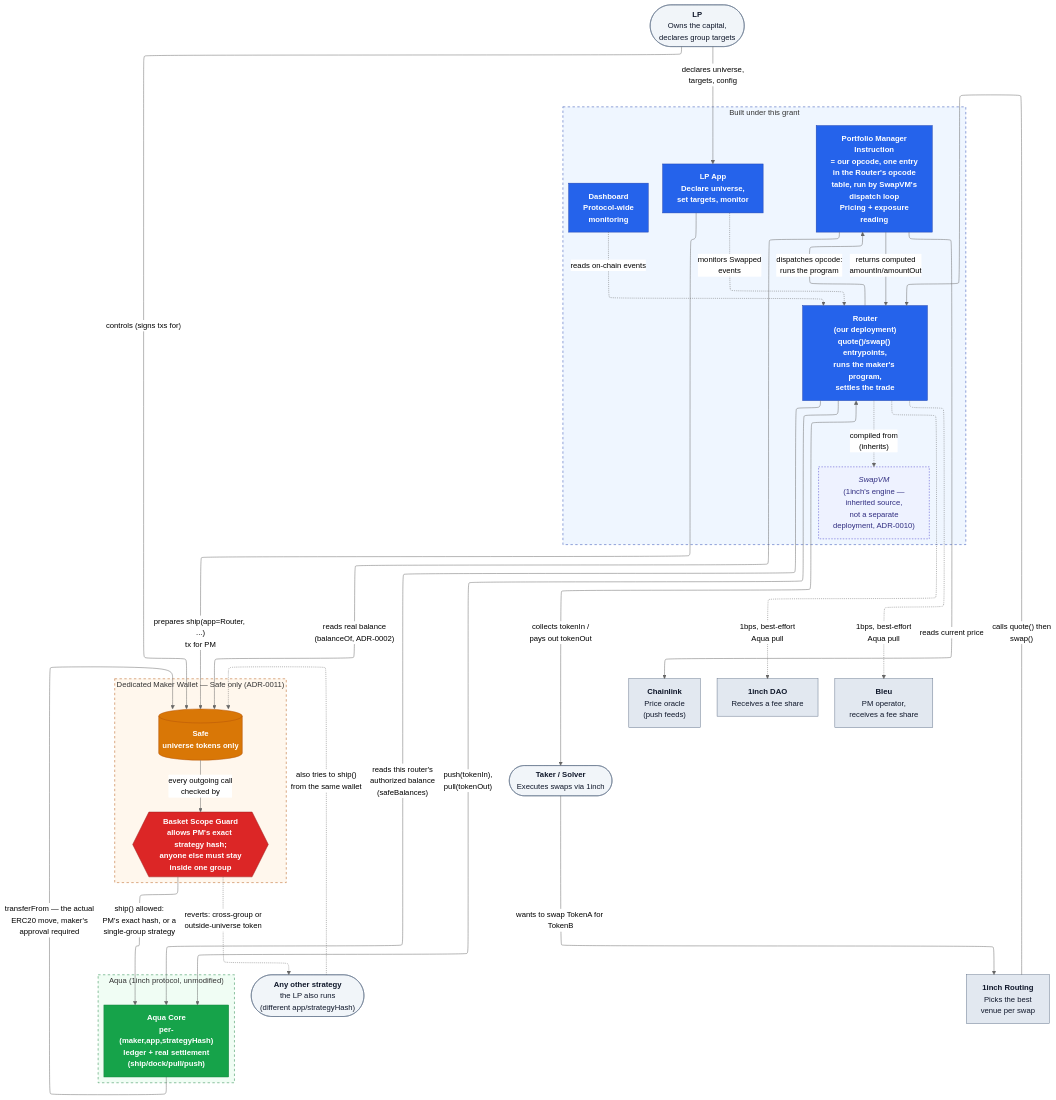
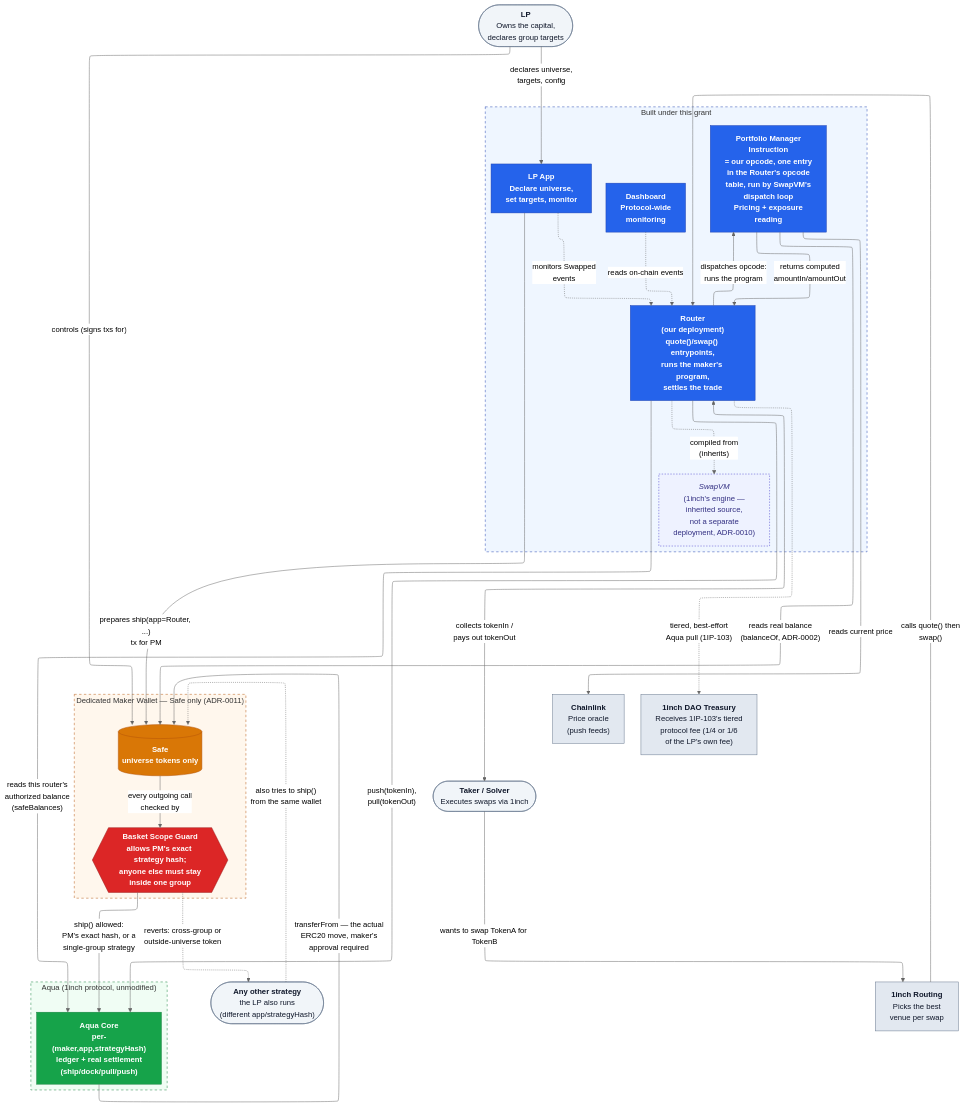
The first of 2 diagrams in docs/ARCHITECTURE.md (bleu/aqua-portfolio-manager), drawn with Mermaid (neutral theme) before and after one commit. The commit also changed other lines of this file and 6 other files, not shown here.

First line of the commit message:
Refactor protocol fee to match 1inch's actual approved mechanism (1IP-103)

````diff
--- a/docs/ARCHITECTURE.md
+++ b/docs/ARCHITECTURE.md
@@ -17,78 +17,76 @@
 ```mermaid
 %%{init: {"flowchart": {"defaultRenderer": "elk"}} }%%
 flowchart TD
     LP(["<b>LP</b><br/>Owns the capital,<br/>declares group targets"])
     Taker(["<b>Taker / Solver</b><br/>Executes swaps via 1inch"])
     OtherStrategy(["<b>Any other strategy</b><br/>the LP also runs<br/>(different app/strategyHash)"])
 
     subgraph BleuScope["Built under this grant"]
         LPApp["<b>LP App</b><br/>Declare universe,<br/>set targets, monitor"]
         Dashboard["<b>Dashboard</b><br/>Protocol-wide<br/>monitoring"]
         Router["<b>Router</b><br/>(our deployment)<br/>quote()/swap() entrypoints,<br/>runs the maker's program,<br/>settles the trade"]
         SwapVMLib["<i>SwapVM</i><br/>(1inch's engine —<br/>inherited source,<br/>not a separate<br/>deployment, ADR-0010)"]
         Strategy["<b>Portfolio Manager<br/>Instruction</b><br/>= our opcode, one entry<br/>in the Router's opcode<br/>table, run by SwapVM's<br/>dispatch loop<br/>Pricing + exposure<br/>reading"]
     end
 
     subgraph WalletScope["Dedicated Maker Wallet — Safe only (ADR-0011)"]
         Wallet[("<b>Safe</b><br/>universe tokens only")]
         Guard{{"<b>Basket Scope Guard</b><br/>allows PM's exact strategy hash;<br/>anyone else must stay<br/>inside one group"}}
     end
 
     subgraph AquaCore["Aqua (1inch protocol, unmodified)"]
         Aqua["<b>Aqua Core</b><br/>per-(maker,app,strategyHash)<br/>ledger + real settlement<br/>(ship/dock/pull/push)"]
     end
 
     Chainlink["<b>Chainlink</b><br/>Price oracle<br/>(push feeds)"]
     Routing["<b>1inch Routing</b><br/>Picks the best<br/>venue per swap"]
-    DAO["<b>1inch DAO</b><br/>Receives a fee share"]
-    Bleu["<b>Bleu</b><br/>PM operator,<br/>receives a fee share"]
+    DAO["<b>1inch DAO Treasury</b><br/>Receives 1IP-103's tiered<br/>protocol fee (1/4 or 1/6<br/>of the LP's own fee)"]
 
     LP -->|"declares universe,<br/>targets, config"| LPApp
     LPApp -.->|"monitors Swapped<br/>events"| Router
     LP -->|"controls (signs txs for)"| Wallet
 
     LPApp -->|"prepares ship(app=Router, ...)<br/>tx for PM"| Wallet
     OtherStrategy -.->|"also tries to ship()<br/>from the same wallet"| Wallet
     Wallet -->|"every outgoing call<br/>checked by"| Guard
     Guard -->|"ship() allowed:<br/>PM's exact hash, or a<br/>single-group strategy"| Aqua
     Guard -.->|"reverts: cross-group or<br/>outside-universe token"| OtherStrategy
 
     Taker -->|"wants to swap TokenA for TokenB"| Routing
     Routing -->|"calls quote() then<br/>swap()"| Router
 
     Router -.->|"compiled from<br/>(inherits)"| SwapVMLib
     Router -->|"reads this router's<br/>authorized balance<br/>(safeBalances)"| Aqua
     Router -->|"dispatches opcode:<br/>runs the program"| Strategy
     Strategy -->|"reads real balance<br/>(balanceOf, ADR-0002)"| Wallet
     Strategy -->|"reads current price"| Chainlink
     Strategy -->|"returns computed<br/>amountIn/amountOut"| Router
 
     Router <-->|"collects tokenIn /<br/>pays out tokenOut"| Taker
     Router -->|"push(tokenIn),<br/>pull(tokenOut)"| Aqua
     Aqua -->|"transferFrom — the actual<br/>ERC20 move, maker's<br/>approval required"| Wallet
 
-    Router -.->|"1bps, best-effort<br/>Aqua pull"| DAO
-    Router -.->|"1bps, best-effort<br/>Aqua pull"| Bleu
+    Router -.->|"tiered, best-effort<br/>Aqua pull (1IP-103)"| DAO
 
     Dashboard -.->|"reads on-chain events"| Router
 
     classDef actor fill:#f1f5f9,stroke:#64748b,color:#0f172a
     classDef bleu fill:#2563eb,stroke:#1e40af,color:#ffffff,font-weight:bold
     classDef wallet fill:#d97706,stroke:#b45309,color:#ffffff,font-weight:bold
     classDef guard fill:#dc2626,stroke:#991b1b,color:#ffffff,font-weight:bold
     classDef aqua fill:#16a34a,stroke:#15803d,color:#ffffff,font-weight:bold
     classDef external fill:#e2e8f0,stroke:#64748b,color:#0f172a
     classDef vendored fill:#eef2ff,stroke:#4338ca,color:#312e81,stroke-dasharray: 3 3
 
     class LP,Taker,OtherStrategy actor
     class LPApp,Dashboard,Router,Strategy bleu
     class SwapVMLib vendored
     class Wallet wallet
     class Guard guard
     class Aqua aqua
-    class Chainlink,Routing,DAO,Bleu external
+    class Chainlink,Routing,DAO external
 
     style BleuScope fill:#eff6ff,stroke:#1e40af,stroke-dasharray: 5 5
     style AquaCore fill:#f0fdf4,stroke:#15803d,stroke-dasharray: 5 5
     style WalletScope fill:#fff7ed,stroke:#b45309,stroke-dasharray: 5 5
 ```
````
